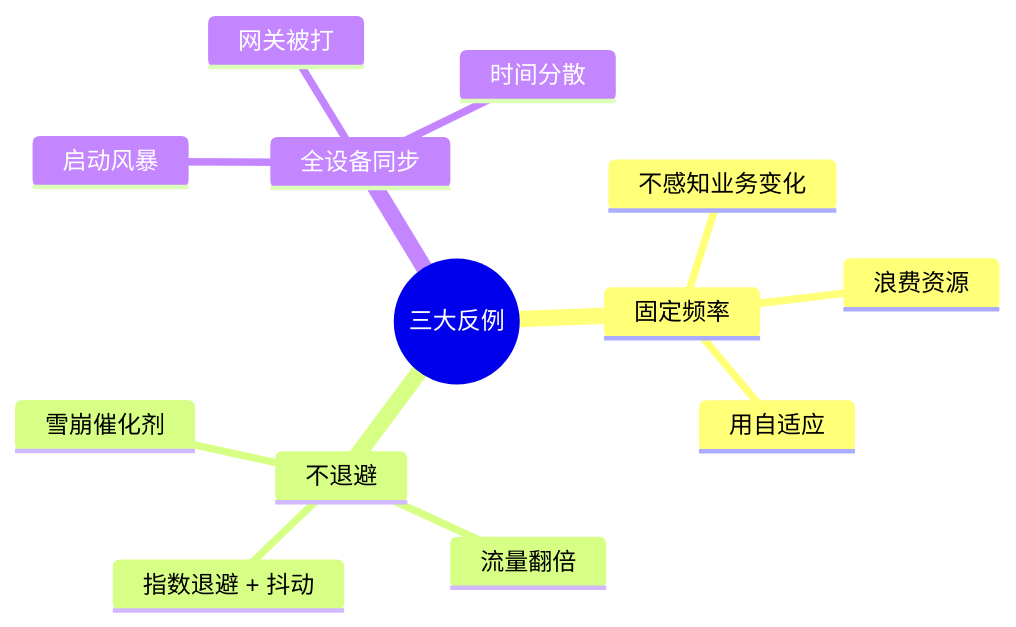
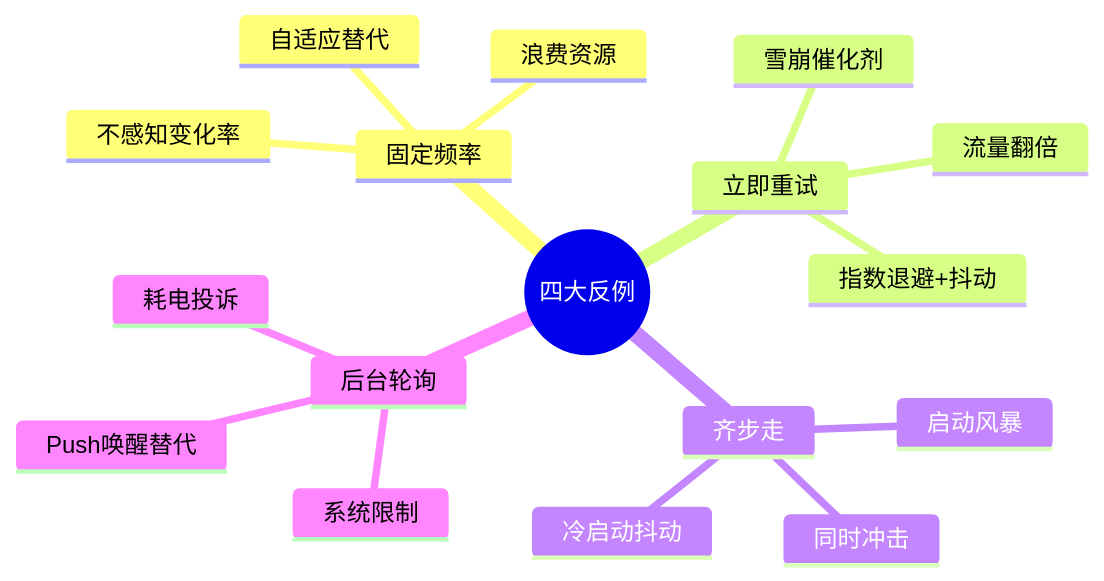
The seventh of 7 diagrams in docs/10.真经/05.方案设计思想/18.通用轮训方案设计.md (chongyang211/YCBookBlog), drawn with Mermaid before and after one commit. The commit also changed other lines of this file and 36 other files, not shown here.

````diff
--- a/docs/10.真经/05.方案设计思想/18.通用轮训方案设计.md
+++ b/docs/10.真经/05.方案设计思想/18.通用轮训方案设计.md
@@ -573,16 +1231,20 @@
 ```mermaid
 mindmap
-  root((三大反例))
+  root((四大反例))
     固定频率
-      不感知业务变化
+      不感知变化率
       浪费资源
-      用自适应
-    不退避
+      自适应替代
+    立即重试
       雪崩催化剂
       流量翻倍
-      指数退避 + 抖动
-    全设备同步
+      指数退避+抖动
+    齐步走
       启动风暴
-      网关被打
-      时间分散
+      同时冲击
+      冷启动抖动
+    后台轮询
+      系统限制
+      耗电投诉
+      Push唤醒替代
 ```
````
